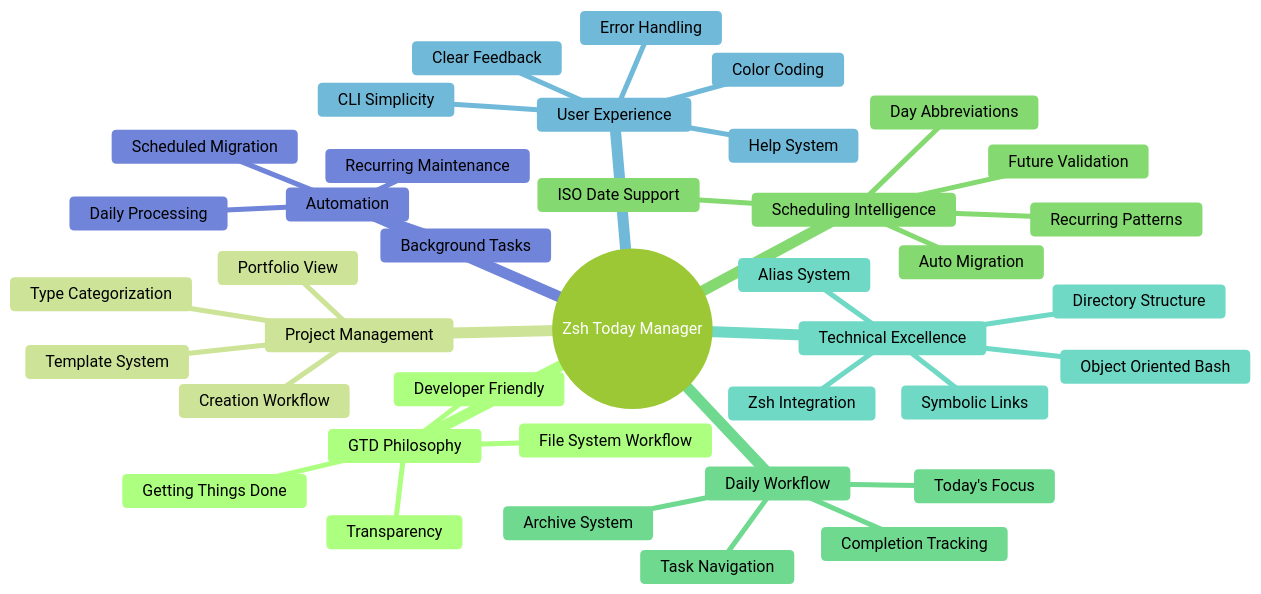
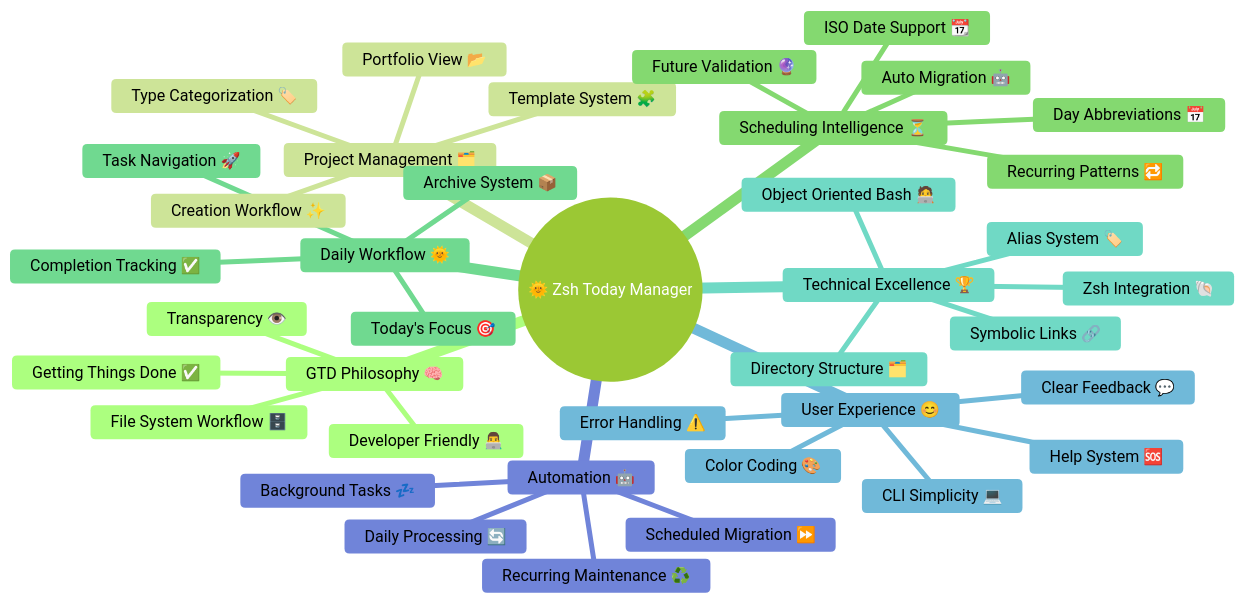
The fourth of 4 diagrams in README.md (enogrob/project-today-manager), drawn with Mermaid (forest theme) before and after one commit. The commit also changed other lines of this file, not shown here.

````diff
--- a/README.md
+++ b/README.md
@@ -208,42 +206,42 @@
 ```mermaid
 mindmap
-  root((Zsh Today Manager))
-    GTD Philosophy
-      Getting Things Done
-      File System Workflow
-      Transparency
-      Developer Friendly
-    Project Management
-      Portfolio View
-      Template System
-      Type Categorization
-      Creation Workflow
-    Scheduling Intelligence
-      ISO Date Support
-      Recurring Patterns
-      Day Abbreviations
-      Auto Migration
-      Future Validation
-    Daily Workflow
-      Today's Focus
-      Task Navigation
-      Completion Tracking
-      Archive System
-    Technical Excellence
-      Zsh Integration
-      Object Oriented Bash
-      Symbolic Links
-      Directory Structure
-      Alias System
-    User Experience
-      CLI Simplicity
-      Color Coding
-      Clear Feedback
-      Error Handling
-      Help System
-    Automation
-      Daily Processing
-      Scheduled Migration
-      Recurring Maintenance
-      Background Tasks
+  root((🌞 Zsh Today Manager))
+    GTD Philosophy 🧠
+      Getting Things Done ✅
+      File System Workflow 🗄️
+      Transparency 👁️
+      Developer Friendly 👨‍💻
+    Project Management 🗂️
+      Portfolio View 📂
+      Template System 🧩
+      Type Categorization 🏷️
+      Creation Workflow ✨
+    Scheduling Intelligence ⏳
+      ISO Date Support 📆
+      Recurring Patterns 🔁
+      Day Abbreviations 📅
+      Auto Migration 🤖
+      Future Validation 🔮
+    Daily Workflow 🌞
+      Today's Focus 🎯
+      Task Navigation 🚀
+      Completion Tracking ✅
+      Archive System 📦
+    Technical Excellence 🏆
+      Zsh Integration 🐚
+      Object Oriented Bash 🧑‍💻
+      Symbolic Links 🔗
+      Directory Structure 🗂️
+      Alias System 🏷️
+    User Experience 😊
+      CLI Simplicity 💻
+      Color Coding 🎨
+      Clear Feedback 💬
+      Error Handling ⚠️
+      Help System 🆘
+    Automation 🤖
+      Daily Processing 🔄
+      Scheduled Migration ⏩
+      Recurring Maintenance ♻️
+      Background Tasks 💤
 ```
````
